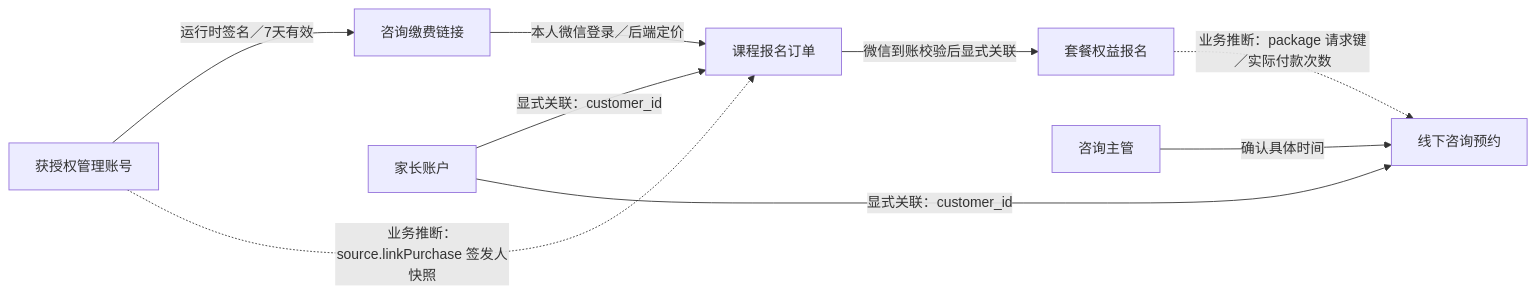
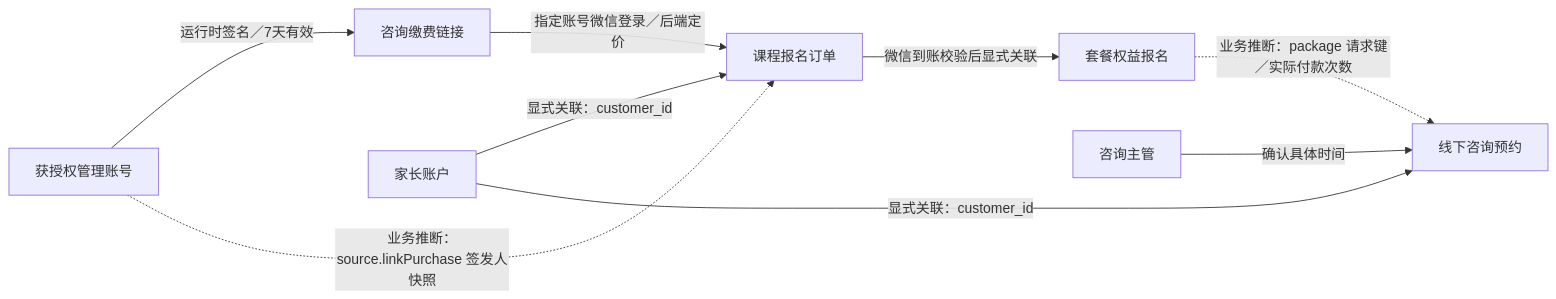
One commit to yaokailiu9-cloud/zhishou-course-web changed the fifth of 5 diagrams in 数据库结构与关联关系说明.md. Above: the diagram before and after it, drawn with Mermaid. The commit also changed other lines of this file and 16 other files, not shown here.

````diff
--- a/数据库结构与关联关系说明.md
+++ b/数据库结构与关联关系说明.md
@@ -1018,11 +1018,11 @@
 ```mermaid
 flowchart LR
   管理[获授权管理账号] -->|运行时签名／7天有效| 链接[咨询缴费链接]
-  链接 -->|本人微信登录／后端定价| 订单[课程报名订单]
+  链接 -->|指定账号微信登录／后端定价| 订单[课程报名订单]
   管理 -.->|业务推断：source.linkPurchase 签发人快照| 订单
   订单 -->|微信到账校验后显式关联| 权益[套餐权益报名]
   家长[家长账户] -->|显式关联：customer_id| 订单
   家长 -->|显式关联：customer_id| 预约[线下咨询预约]
   权益 -.->|业务推断：package 请求键／实际付款次数| 预约
   主管[咨询主管] -->|确认具体时间| 预约
 ```
````
